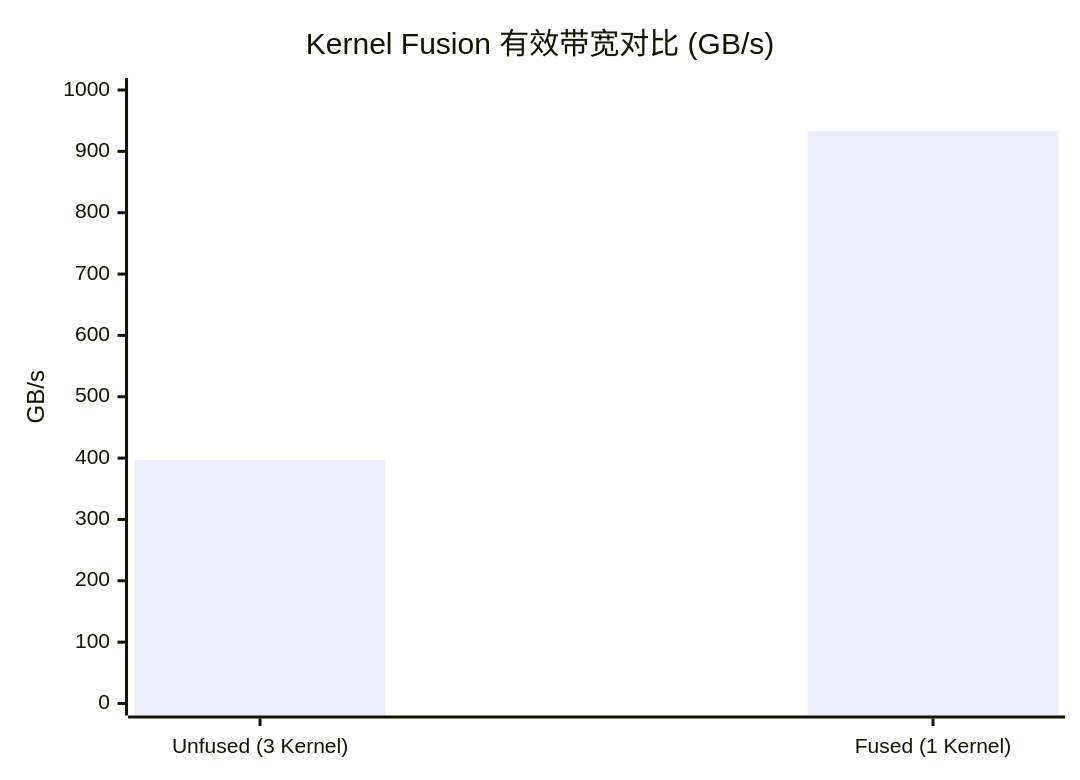
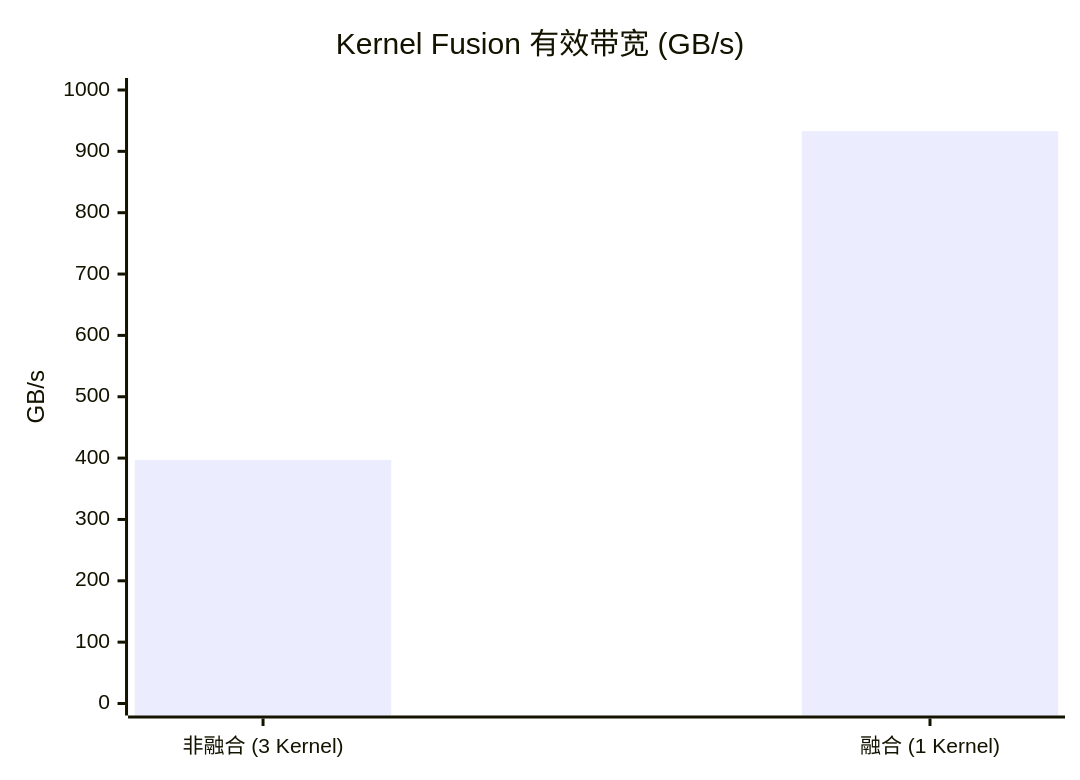
The second of 3 diagrams in Blogs/11_Inference_Optimization_Fusion_KVCache.md (psmarter/CUDA-Practice), drawn with Mermaid before and after one commit. The commit also changed other lines of this file and 28 other files, not shown here.

````diff
--- a/Blogs/11_Inference_Optimization_Fusion_KVCache.md
+++ b/Blogs/11_Inference_Optimization_Fusion_KVCache.md
@@ -207,7 +70,7 @@
 ```mermaid
 xychart-beta
-  title "Kernel Fusion 有效带宽对比 (GB/s)"
-  x-axis ["Unfused (3 Kernel)", "Fused (1 Kernel)"]
+  title "Kernel Fusion 有效带宽 (GB/s)"
+  x-axis ["非融合 (3 Kernel)", "融合 (1 Kernel)"]
   y-axis "GB/s" 0 --> 1000
   bar [397, 933]
 ```
````
